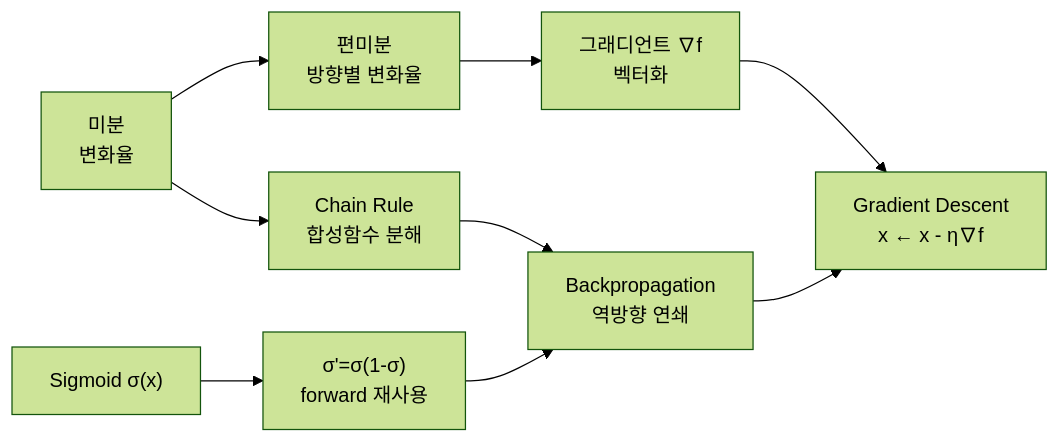
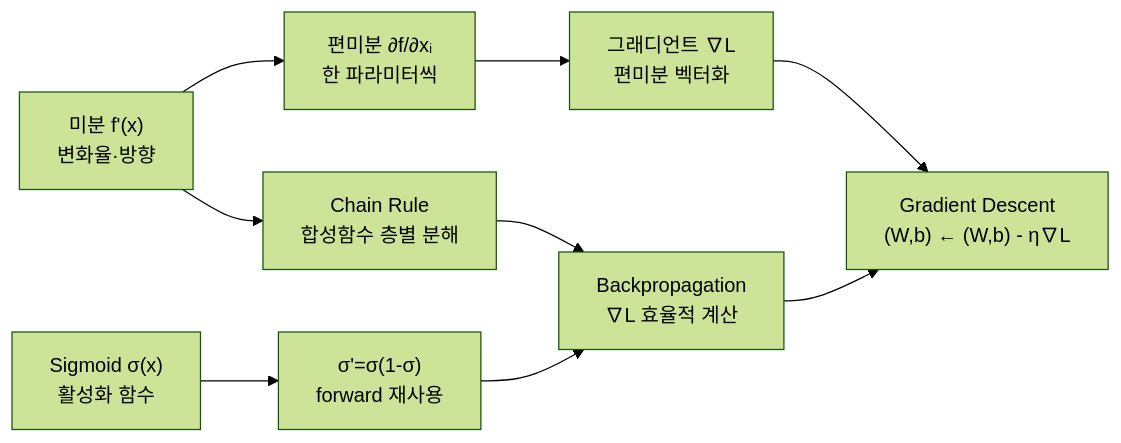
Before and after one commit to Siegfriex/hongikUniv.: the first of 3 diagrams in ML/20260507.md, drawn with Mermaid (forest theme). The commit also changed other lines of this file, not shown here.

````diff
--- a/ML/20260507.md
+++ b/ML/20260507.md
@@ -46,11 +154,11 @@
 ```mermaid
 flowchart LR
-    A["미분<br/>변화율"] --> B["편미분<br/>방향별 변화율"]
-    B --> C["그래디언트 ∇f<br/>벡터화"]
-    C --> D["Gradient Descent<br/>x ← x - η∇f"]
-    A --> E["Chain Rule<br/>합성함수 분해"]
-    E --> F["Backpropagation<br/>역방향 연쇄"]
-    F --> D
-    G["Sigmoid σ(x)"] --> H["σ'=σ(1-σ)<br/>forward 재사용"]
-    H --> F
+    A["미분 f'(x)<br/>변화율·방향"] --> B["편미분 ∂f/∂xᵢ<br/>한 파라미터씩"]
+    B --> C["그래디언트 ∇L<br/>편미분 벡터화"]
+    A --> E["Chain Rule<br/>합성함수 층별 분해"]
+    E --> F["Backpropagation<br/>∇L 효율적 계산"]
+    C --> G["Gradient Descent<br/>(W,b) ← (W,b) - η∇L"]
+    F --> G
+    H["Sigmoid σ(x)<br/>활성화 함수"] --> I["σ'=σ(1-σ)<br/>forward 재사용"]
+    I --> F
 ```
````
